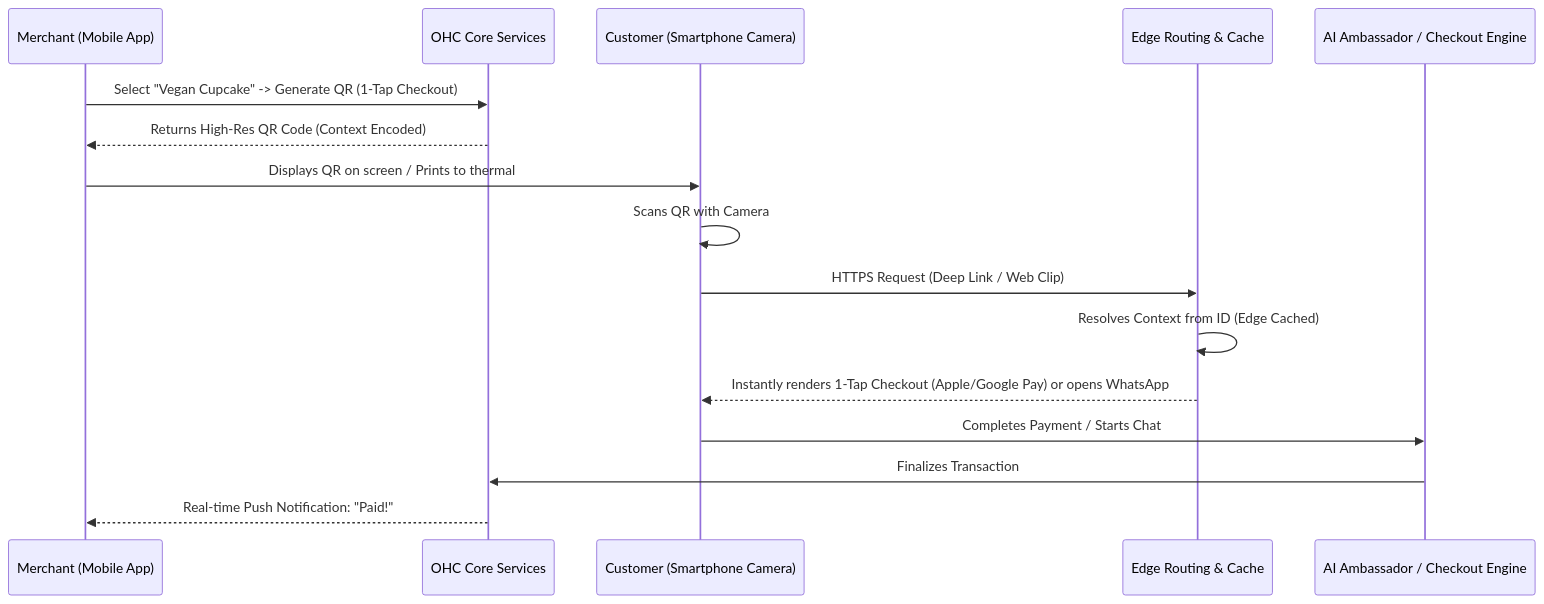
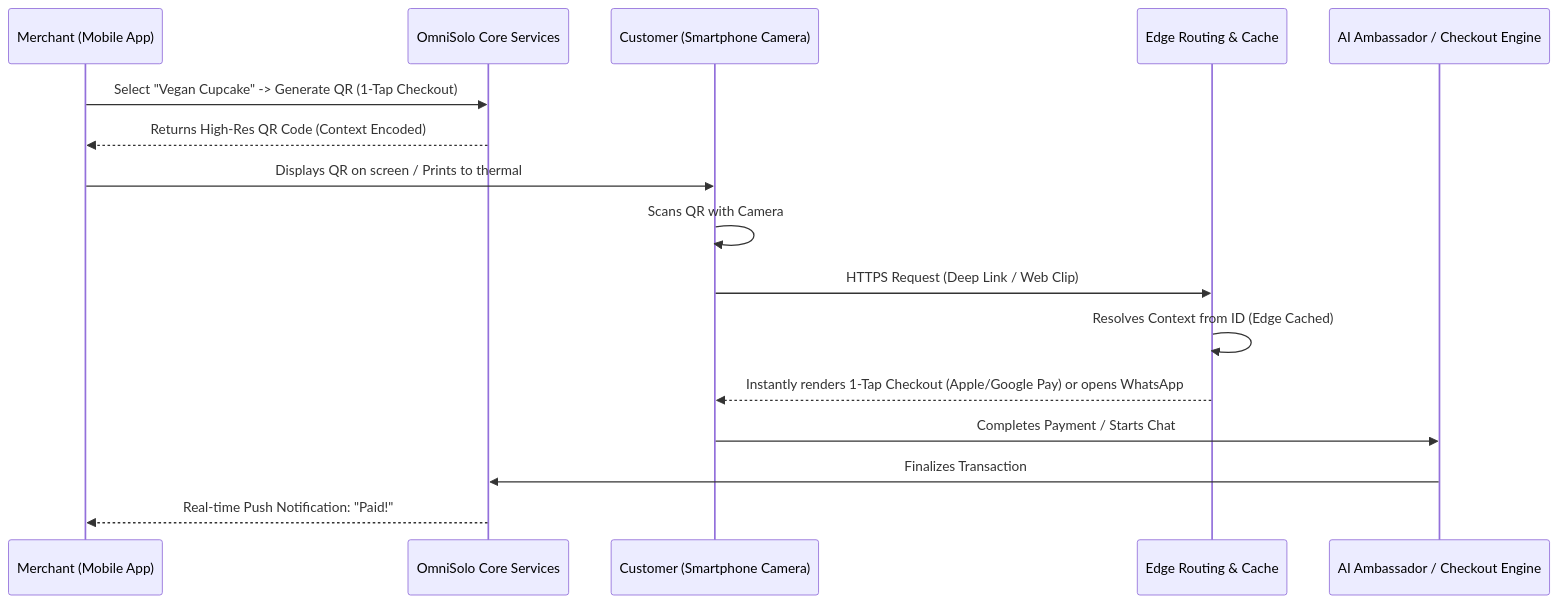
The second of 2 diagrams in docs/research/[architecture]_invisible_offline_to_online_qr_commerce_engine.md (omnisolo-llc/onehumancorp), drawn with Mermaid before and after one commit. The commit also changed other lines of this file and 2191 other files, not shown here.

Commit message:
feat: complete OmniSolo rename and browser audit

````diff
--- a/docs/research/[architecture]_invisible_offline_to_online_qr_commerce_engine.md
+++ b/docs/research/[architecture]_invisible_offline_to_online_qr_commerce_engine.md
@@ -35,19 +35,19 @@
 ```mermaid
 sequenceDiagram
     participant Merchant as Merchant (Mobile App)
-    participant OHC_Core as OHC Core Services
+    participant OMNISOLO_Core as OmniSolo Core Services
     participant Customer as Customer (Smartphone Camera)
     participant Edge as Edge Routing & Cache
     participant AI as AI Ambassador / Checkout Engine
 
-    Merchant->>OHC_Core: Select "Vegan Cupcake" -> Generate QR (1-Tap Checkout)
-    OHC_Core-->>Merchant: Returns High-Res QR Code (Context Encoded)
+    Merchant->>OMNISOLO_Core: Select "Vegan Cupcake" -> Generate QR (1-Tap Checkout)
+    OMNISOLO_Core-->>Merchant: Returns High-Res QR Code (Context Encoded)
     Merchant->>Customer: Displays QR on screen / Prints to thermal
     Customer->>Customer: Scans QR with Camera
     Customer->>Edge: HTTPS Request (Deep Link / Web Clip)
     Edge->>Edge: Resolves Context from ID (Edge Cached)
     Edge-->>Customer: Instantly renders 1-Tap Checkout (Apple/Google Pay) or opens WhatsApp
     Customer->>AI: Completes Payment / Starts Chat
-    AI->>OHC_Core: Finalizes Transaction
-    OHC_Core-->>Merchant: Real-time Push Notification: "Paid!"
+    AI->>OMNISOLO_Core: Finalizes Transaction
+    OMNISOLO_Core-->>Merchant: Real-time Push Notification: "Paid!"
 ```
````
